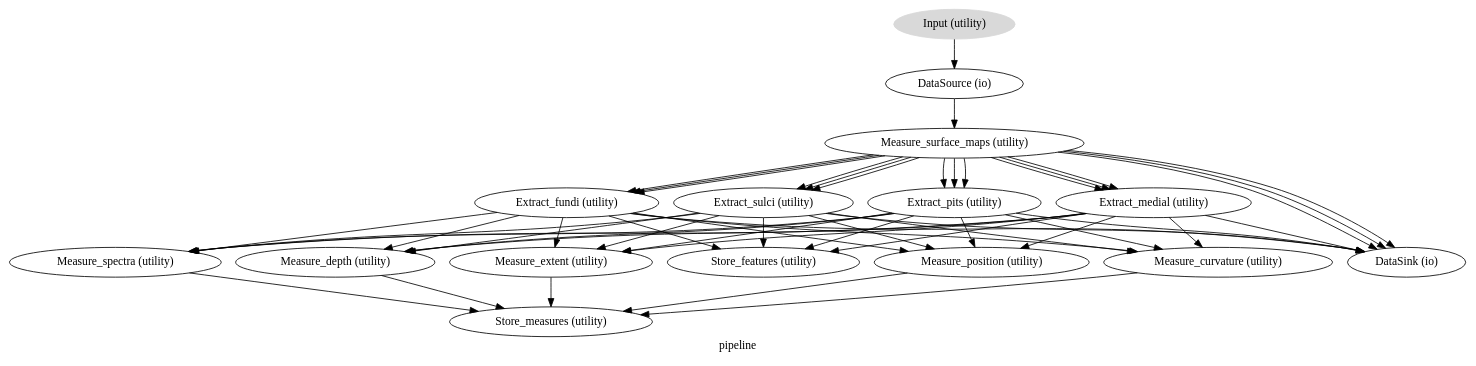
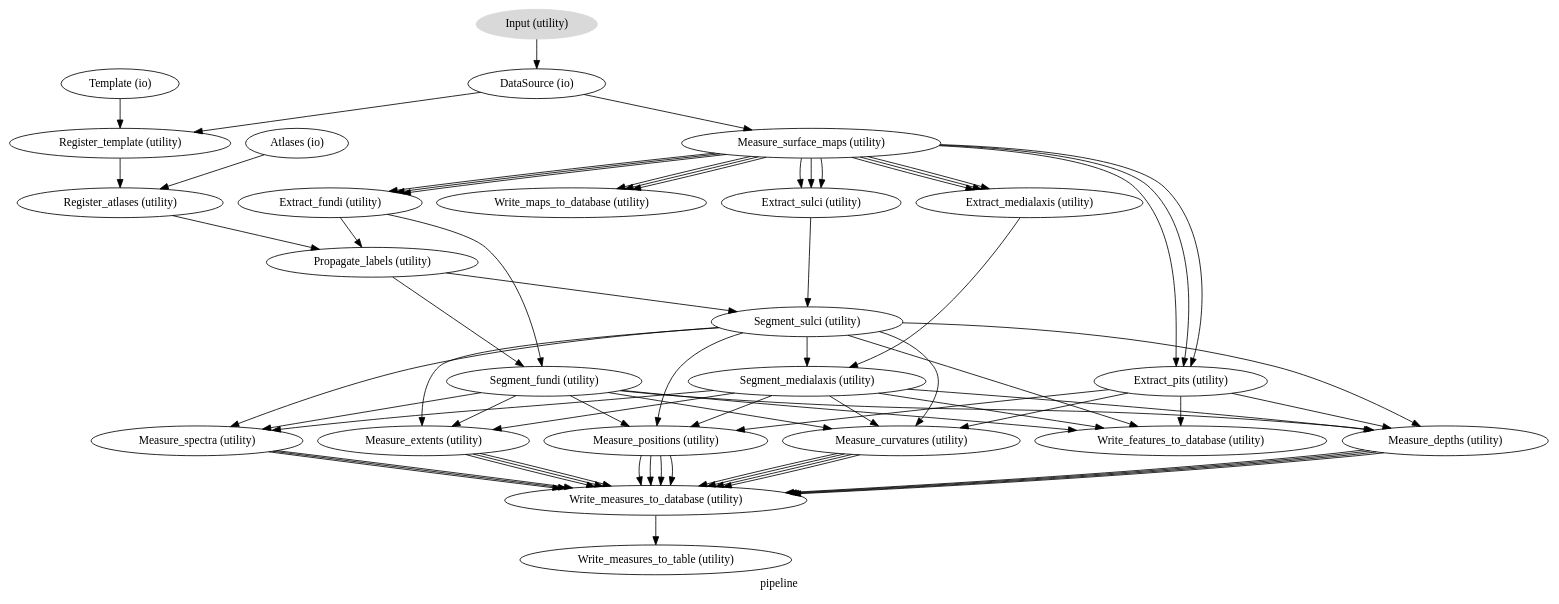
One commit to nipy/mindboggle changed the diagram in pipeline/graph.dot. Above: the diagram before and after it, drawn with Graphviz. The commit also changed 1 other file, not shown here.

Commit message:
updated pipeline graphs

```diff
--- a/pipeline/graph.dot
+++ b/pipeline/graph.dot
@@ -1,68 +1,97 @@
 digraph pipeline{
   label="pipeline";
+  pipeline_Atlases[label="Atlases (io)"];
+  pipeline_Template[label="Template (io)"];
   pipeline_Input[label="Input (utility)", style=filled, colorscheme=greys7 color=2];
   pipeline_DataSource[label="DataSource (io)"];
   pipeline_Measure_surface_maps[label="Measure_surface_maps (utility)"];
-  pipeline_Extract_medial[label="Extract_medial (utility)"];
+  pipeline_Extract_sulci[label="Extract_sulci (utility)"];
+  pipeline_Extract_medialaxis[label="Extract_medialaxis (utility)"];
+  pipeline_Extract_pits[label="Extract_pits (utility)"];
+  pipeline_Write_maps_to_database[label="Write_maps_to_database (utility)"];
   pipeline_Extract_fundi[label="Extract_fundi (utility)"];
-  pipeline_Extract_sulci[label="Extract_sulci (utility)"];
-  pipeline_Extract_pits[label="Extract_pits (utility)"];
-  pipeline_Store_features[label="Store_features (utility)"];
-  pipeline_Measure_extent[label="Measure_extent (utility)"];
-  pipeline_Measure_position[label="Measure_position (utility)"];
-  pipeline_Measure_curvature[label="Measure_curvature (utility)"];
+  pipeline_Register_template[label="Register_template (utility)"];
+  pipeline_Register_atlases[label="Register_atlases (utility)"];
+  pipeline_Propagate_labels[label="Propagate_labels (utility)"];
+  pipeline_Segment_fundi[label="Segment_fundi (utility)"];
+  pipeline_Segment_sulci[label="Segment_sulci (utility)"];
+  pipeline_Segment_medialaxis[label="Segment_medialaxis (utility)"];
+  pipeline_Measure_curvatures[label="Measure_curvatures (utility)"];
+  pipeline_Write_features_to_database[label="Write_features_to_database (utility)"];
+  pipeline_Measure_depths[label="Measure_depths (utility)"];
+  pipeline_Measure_positions[label="Measure_positions (utility)"];
+  pipeline_Measure_extents[label="Measure_extents (utility)"];
   pipeline_Measure_spectra[label="Measure_spectra (utility)"];
-  pipeline_DataSink[label="DataSink (io)"];
-  pipeline_Measure_depth[label="Measure_depth (utility)"];
-  pipeline_Store_measures[label="Store_measures (utility)"];
+  pipeline_Write_measures_to_database[label="Write_measures_to_database (utility)"];
+  pipeline_Write_measures_to_table[label="Write_measures_to_table (utility)"];
+  pipeline_Atlases -> pipeline_Register_atlases;
+  pipeline_Template -> pipeline_Register_template;
   pipeline_Input -> pipeline_DataSource;
+  pipeline_DataSource -> pipeline_Register_template;
   pipeline_DataSource -> pipeline_Measure_surface_maps;
-  pipeline_Measure_surface_maps -> pipeline_Extract_medial;
-  pipeline_Measure_surface_maps -> pipeline_Extract_medial;
-  pipeline_Measure_surface_maps -> pipeline_Extract_medial;
+  pipeline_Measure_surface_maps -> pipeline_Extract_sulci;
+  pipeline_Measure_surface_maps -> pipeline_Extract_sulci;
+  pipeline_Measure_surface_maps -> pipeline_Extract_sulci;
+  pipeline_Measure_surface_maps -> pipeline_Extract_medialaxis;
+  pipeline_Measure_surface_maps -> pipeline_Extract_medialaxis;
+  pipeline_Measure_surface_maps -> pipeline_Extract_medialaxis;
+  pipeline_Measure_surface_maps -> pipeline_Extract_pits;
+  pipeline_Measure_surface_maps -> pipeline_Extract_pits;
+  pipeline_Measure_surface_maps -> pipeline_Extract_pits;
+  pipeline_Measure_surface_maps -> pipeline_Write_maps_to_database;
+  pipeline_Measure_surface_maps -> pipeline_Write_maps_to_database;
+  pipeline_Measure_surface_maps -> pipeline_Write_maps_to_database;
   pipeline_Measure_surface_maps -> pipeline_Extract_fundi;
   pipeline_Measure_surface_maps -> pipeline_Extract_fundi;
   pipeline_Measure_surface_maps -> pipeline_Extract_fundi;
-  pipeline_Measure_surface_maps -> pipeline_Extract_sulci;
-  pipeline_Measure_surface_maps -> pipeline_Extract_sulci;
-  pipeline_Measure_surface_maps -> pipeline_Extract_sulci;
-  pipeline_Measure_surface_maps -> pipeline_DataSink;
-  pipeline_Measure_surface_maps -> pipeline_DataSink;
-  pipeline_Measure_surface_maps -> pipeline_DataSink;
-  pipeline_Measure_surface_maps -> pipeline_Extract_pits;
-  pipeline_Measure_surface_maps -> pipeline_Extract_pits;
-  pipeline_Measure_surface_maps -> pipeline_Extract_pits;
-  pipeline_Extract_medial -> pipeline_Store_features;
-  pipeline_Extract_medial -> pipeline_Measure_extent;
-  pipeline_Extract_medial -> pipeline_Measure_position;
-  pipeline_Extract_medial -> pipeline_Measure_curvature;
-  pipeline_Extract_medial -> pipeline_Measure_spectra;
-  pipeline_Extract_medial -> pipeline_DataSink;
-  pipeline_Extract_medial -> pipeline_Measure_depth;
-  pipeline_Extract_fundi -> pipeline_Store_features;
-  pipeline_Extract_fundi -> pipeline_Measure_extent;
-  pipeline_Extract_fundi -> pipeline_Measure_position;
-  pipeline_Extract_fundi -> pipeline_Measure_curvature;
-  pipeline_Extract_fundi -> pipeline_Measure_spectra;
-  pipeline_Extract_fundi -> pipeline_DataSink;
-  pipeline_Extract_fundi -> pipeline_Measure_depth;
-  pipeline_Extract_sulci -> pipeline_Store_features;
-  pipeline_Extract_sulci -> pipeline_Measure_extent;
-  pipeline_Extract_sulci -> pipeline_Measure_position;
-  pipeline_Extract_sulci -> pipeline_Measure_curvature;
-  pipeline_Extract_sulci -> pipeline_Measure_spectra;
-  pipeline_Extract_sulci -> pipeline_DataSink;
-  pipeline_Extract_sulci -> pipeline_Measure_depth;
-  pipeline_Extract_pits -> pipeline_Store_features;
-  pipeline_Extract_pits -> pipeline_Measure_extent;
-  pipeline_Extract_pits -> pipeline_Measure_position;
-  pipeline_Extract_pits -> pipeline_Measure_curvature;
-  pipeline_Extract_pits -> pipeline_Measure_spectra;
-  pipeline_Extract_pits -> pipeline_DataSink;
-  pipeline_Extract_pits -> pipeline_Measure_depth;
-  pipeline_Measure_extent -> pipeline_Store_measures;
-  pipeline_Measure_position -> pipeline_Store_measures;
-  pipeline_Measure_curvature -> pipeline_Store_measures;
-  pipeline_Measure_spectra -> pipeline_Store_measures;
-  pipeline_Measure_depth -> pipeline_Store_measures;
+  pipeline_Extract_sulci -> pipeline_Segment_sulci;
+  pipeline_Extract_medialaxis -> pipeline_Segment_medialaxis;
+  pipeline_Extract_pits -> pipeline_Measure_positions;
+  pipeline_Extract_pits -> pipeline_Write_features_to_database;
+  pipeline_Extract_pits -> pipeline_Measure_depths;
+  pipeline_Extract_pits -> pipeline_Measure_curvatures;
+  pipeline_Extract_fundi -> pipeline_Segment_fundi;
+  pipeline_Extract_fundi -> pipeline_Propagate_labels;
+  pipeline_Register_template -> pipeline_Register_atlases;
+  pipeline_Register_atlases -> pipeline_Propagate_labels;
+  pipeline_Propagate_labels -> pipeline_Segment_fundi;
+  pipeline_Propagate_labels -> pipeline_Segment_sulci;
+  pipeline_Segment_fundi -> pipeline_Measure_curvatures;
+  pipeline_Segment_fundi -> pipeline_Write_features_to_database;
+  pipeline_Segment_fundi -> pipeline_Measure_depths;
+  pipeline_Segment_fundi -> pipeline_Measure_positions;
+  pipeline_Segment_fundi -> pipeline_Measure_extents;
+  pipeline_Segment_fundi -> pipeline_Measure_spectra;
+  pipeline_Segment_sulci -> pipeline_Measure_curvatures;
+  pipeline_Segment_sulci -> pipeline_Segment_medialaxis;
+  pipeline_Segment_sulci -> pipeline_Write_features_to_database;
+  pipeline_Segment_sulci -> pipeline_Measure_depths;
+  pipeline_Segment_sulci -> pipeline_Measure_positions;
+  pipeline_Segment_sulci -> pipeline_Measure_extents;
+  pipeline_Segment_sulci -> pipeline_Measure_spectra;
+  pipeline_Segment_medialaxis -> pipeline_Measure_curvatures;
+  pipeline_Segment_medialaxis -> pipeline_Write_features_to_database;
+  pipeline_Segment_medialaxis -> pipeline_Measure_depths;
+  pipeline_Segment_medialaxis -> pipeline_Measure_positions;
+  pipeline_Segment_medialaxis -> pipeline_Measure_extents;
+  pipeline_Segment_medialaxis -> pipeline_Measure_spectra;
+  pipeline_Measure_curvatures -> pipeline_Write_measures_to_database;
+  pipeline_Measure_curvatures -> pipeline_Write_measures_to_database;
+  pipeline_Measure_curvatures -> pipeline_Write_measures_to_database;
+  pipeline_Measure_curvatures -> pipeline_Write_measures_to_database;
+  pipeline_Measure_depths -> pipeline_Write_measures_to_database;
+  pipeline_Measure_depths -> pipeline_Write_measures_to_database;
+  pipeline_Measure_depths -> pipeline_Write_measures_to_database;
+  pipeline_Measure_depths -> pipeline_Write_measures_to_database;
+  pipeline_Measure_positions -> pipeline_Write_measures_to_database;
+  pipeline_Measure_positions -> pipeline_Write_measures_to_database;
+  pipeline_Measure_positions -> pipeline_Write_measures_to_database;
+  pipeline_Measure_positions -> pipeline_Write_measures_to_database;
+  pipeline_Measure_extents -> pipeline_Write_measures_to_database;
+  pipeline_Measure_extents -> pipeline_Write_measures_to_database;
+  pipeline_Measure_extents -> pipeline_Write_measures_to_database;
+  pipeline_Measure_spectra -> pipeline_Write_measures_to_database;
+  pipeline_Measure_spectra -> pipeline_Write_measures_to_database;
+  pipeline_Measure_spectra -> pipeline_Write_measures_to_database;
+  pipeline_Write_measures_to_database -> pipeline_Write_measures_to_table;
 }
```
